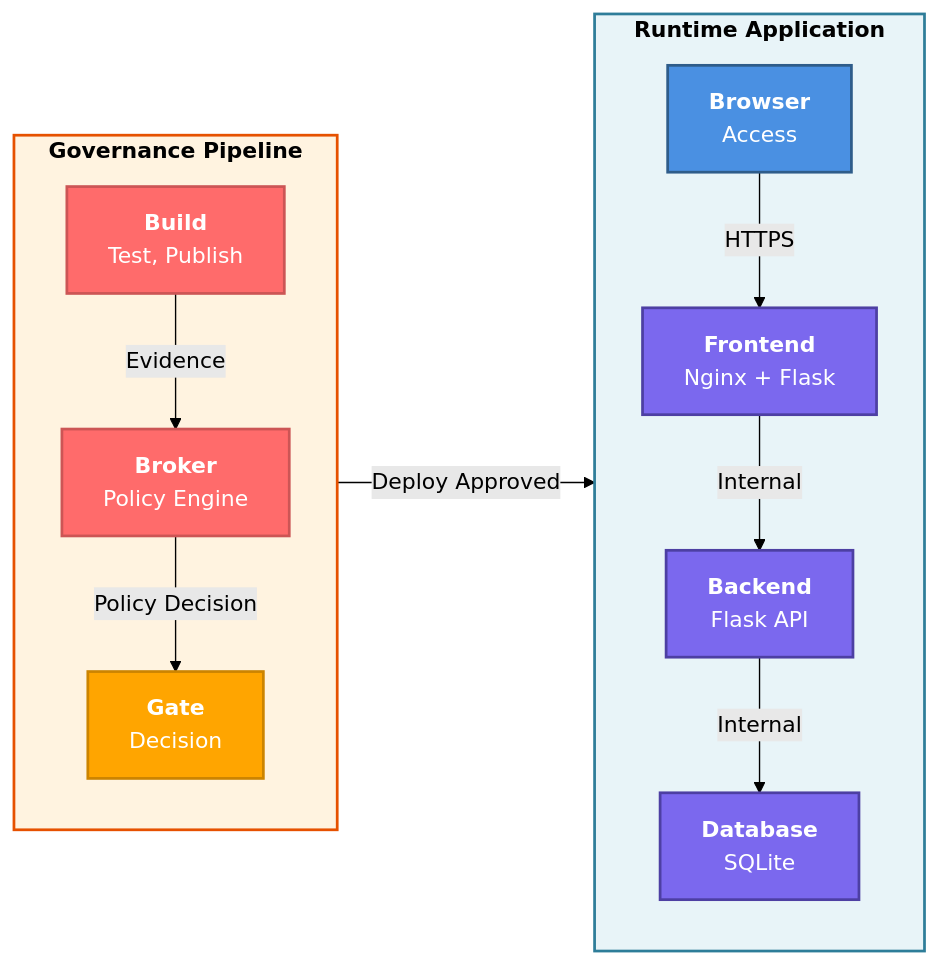
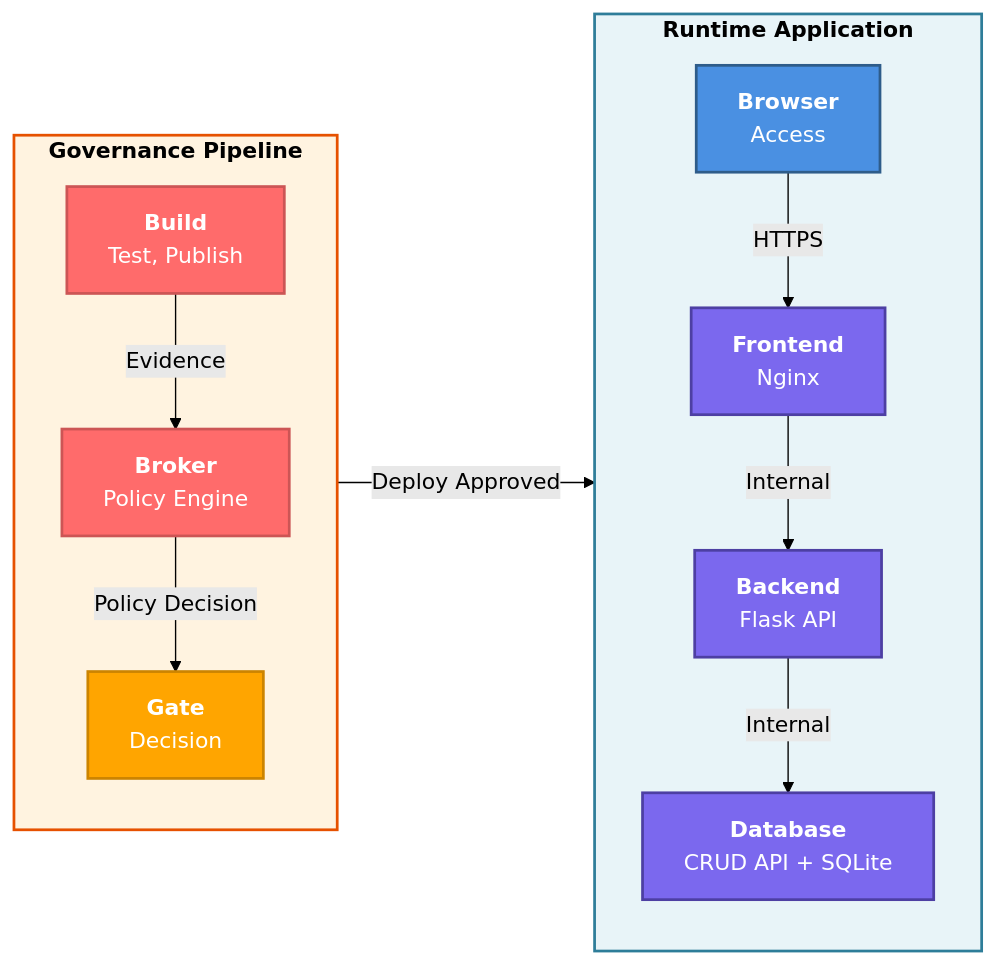
One commit to Georges034302/DRA2.0-POC-Demo-app changed the second of 2 diagrams in README.md. Above: the diagram before and after it, drawn with Mermaid (forest theme). The commit also changed other lines of this file and 24 other files, not shown here.

````diff
--- a/README.md
+++ b/README.md
@@ -56,32 +56,32 @@
 ```mermaid
 graph LR
     subgraph Runtime["<b>Runtime Application</b>"]
         Browser["<b>Browser</b><br/>Access"]
-        Frontend["<b>Frontend</b><br/>Nginx + Flask"]
+        Frontend["<b>Frontend</b><br/>Nginx"]
         Backend["<b>Backend</b><br/>Flask API"]
-        Database["<b>Database</b><br/>SQLite"]
+        Database["<b>Database</b><br/>CRUD API + SQLite"]
         Browser -->|HTTPS| Frontend
         Frontend -->|Internal| Backend
         Backend -->|Internal| Database
     end
     
     subgraph Governance["<b>Governance Pipeline</b>"]
         Build["<b>Build</b><br/>Test, Publish"]
         Broker["<b>Broker</b><br/>Policy Engine"]
         Gate["<b>Gate</b><br/>Decision"]
         Build -->|Evidence| Broker
         Broker -->|Policy Decision| Gate
     end
     
     Governance -->|Deploy Approved| Runtime
     
     style Runtime fill:#E8F4F8,stroke:#2E7D99,stroke-width:2px,color:#000
     style Governance fill:#FFF3E0,stroke:#E65100,stroke-width:2px,color:#000
     style Browser fill:#4A90E2,stroke:#2E5C8A,color:#fff,stroke-width:2px
     style Frontend fill:#7B68EE,stroke:#4D3FA3,color:#fff,stroke-width:2px
     style Backend fill:#7B68EE,stroke:#4D3FA3,color:#fff,stroke-width:2px
     style Database fill:#7B68EE,stroke:#4D3FA3,color:#fff,stroke-width:2px
     style Build fill:#FF6B6B,stroke:#CC5555,color:#fff,stroke-width:2px
     style Broker fill:#FF6B6B,stroke:#CC5555,color:#fff,stroke-width:2px
     style Gate fill:#FFA500,stroke:#CC8400,color:#fff,stroke-width:2px
 ```
````
